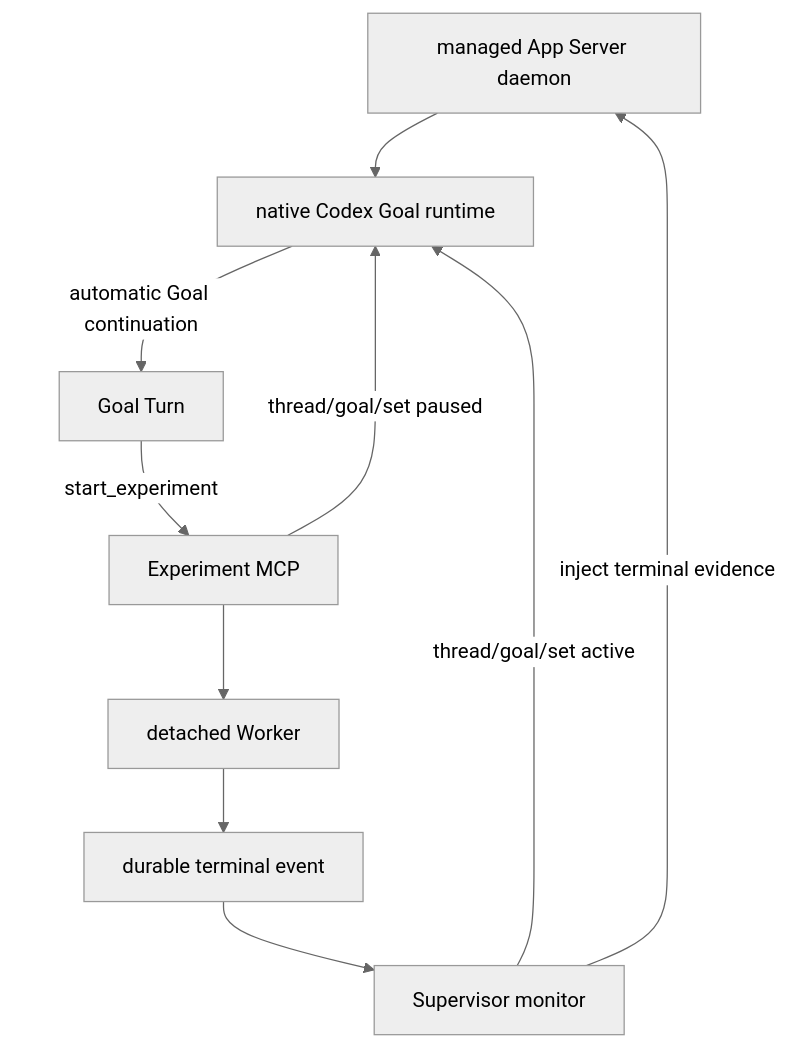
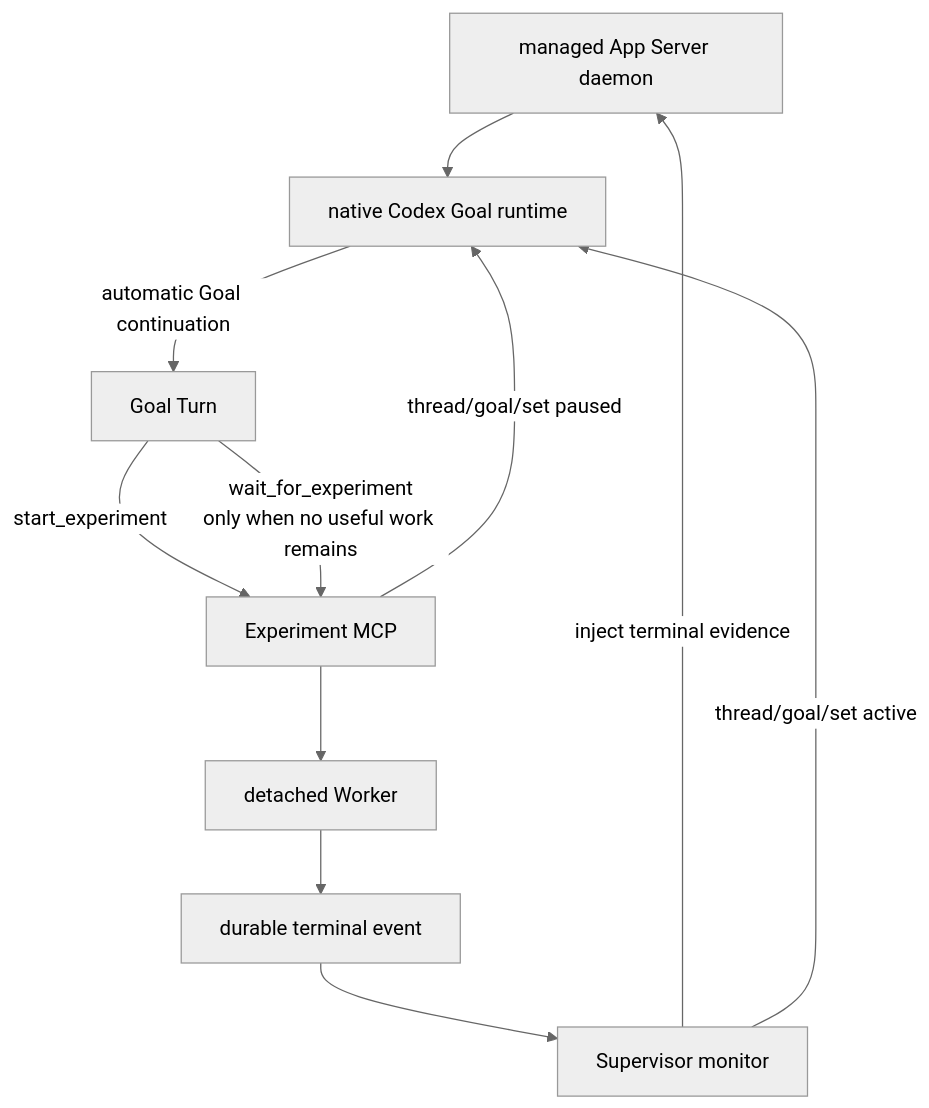
Before and after one commit to dollarser/codex-auto-research: the diagram in README.md, drawn with Mermaid (neutral theme). The commit also changed other lines of this file and 8 other files, not shown here.

````diff
--- a/README.md
+++ b/README.md
@@ -9,12 +10,13 @@
 ```mermaid
 flowchart TD
     D["managed App Server daemon"] --> G["native Codex Goal runtime"]
     G -->|"automatic Goal continuation"| T["Goal Turn"]
     T -->|"start_experiment"| M["Experiment MCP"]
+    M --> W["detached Worker"]
+    T -->|"wait_for_experiment<br/>only when no useful work remains"| M
     M -->|"thread/goal/set paused"| G
-    M --> W["detached Worker"]
     W --> E["durable terminal event"]
     E --> S["Supervisor monitor"]
     S -->|"inject terminal evidence"| D
     S -->|"thread/goal/set active"| G
 ```
````
